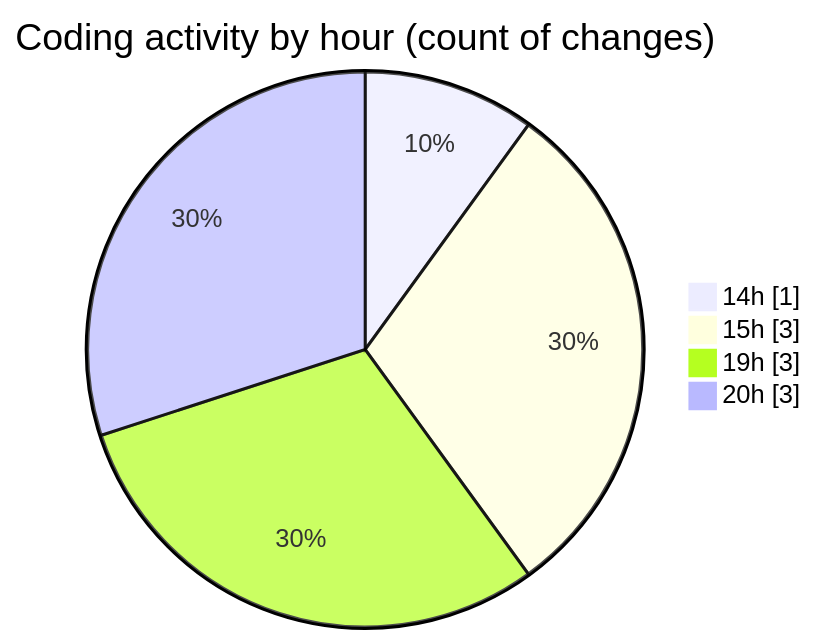
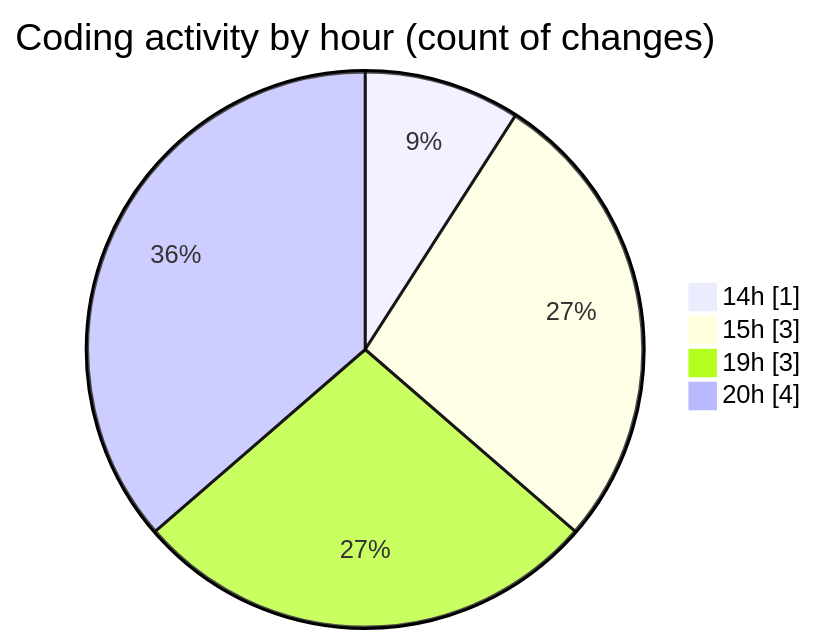
One commit to jadenblack/code-tracking changed the second of 2 diagrams in 2026-03-02/shadcn-admin-kit-main__workspace_/README.md. Above: the diagram before and after it, drawn with Mermaid. The commit also changed other lines of this file and 1 other file, not shown here.

````diff
--- a/2026-03-02/shadcn-admin-kit-main__workspace_/README.md
+++ b/2026-03-02/shadcn-admin-kit-main__workspace_/README.md
@@ -34,8 +34,8 @@
 ```mermaid
 pie showData
 title Coding activity by hour (count of changes)
 "14h" : 1
 "15h" : 3
 "19h" : 3
-"20h" : 3
+"20h" : 4
 ```
````
